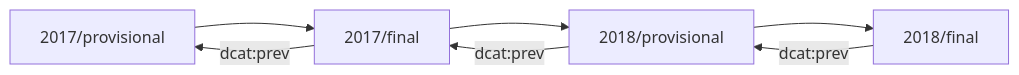
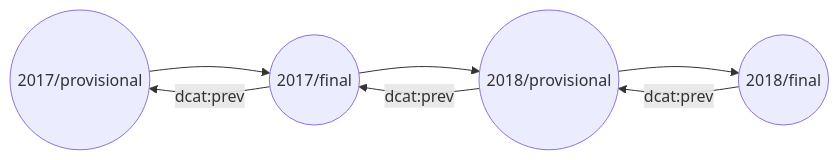
Before and after one commit to ONSdigital/application-profile: the fourth of 10 diagrams in README.md, drawn with Mermaid. The commit also changed other lines of this file, not shown here.

````diff
--- a/README.md
+++ b/README.md
@@ -834,12 +838,12 @@
 ```mermaid
 flowchart LR
 
-    2017/provisional --> 2017/final
-    2017/final --> 2018/provisional
-    2018/provisional --> 2018/final
+    2017p((2017/provisional)) --> 2017f((2017/final))
+    2017f --> 2018p((2018/provisional))
+    2018p --> 2018f((2018/final))
 
-    2017/final -->|dcat:prev| 2017/provisional
-    2018/provisional -->|dcat:prev| 2017/final
-    2018/final -->|dcat:prev| 2018/provisional
+    2017f -->|dcat:prev| 2017p
+    2018p -->|dcat:prev| 2017f
+    2018f -->|dcat:prev| 2018p
    
 ```
````
